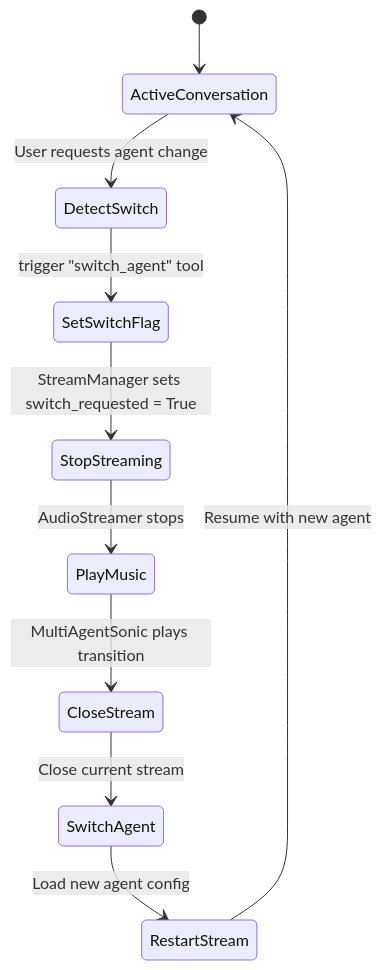
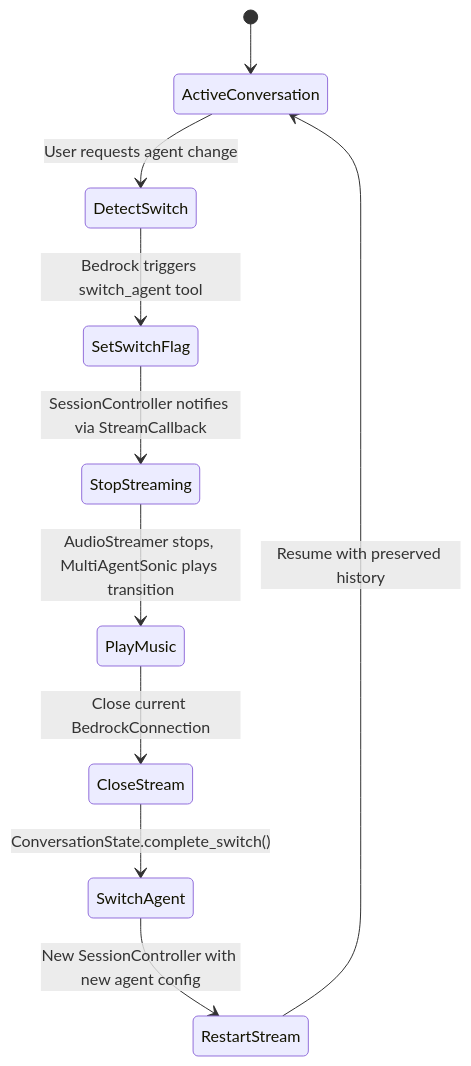
Before and after one commit to aws-samples/amazon-nova-samples: the second of 2 diagrams in speech-to-speech/amazon-nova-2-sonic/repeatable-patterns/conversation-transfer/README.md, drawn with Mermaid. The commit also changed other lines of this file and 30 other files, not shown here.

````diff
--- a/speech-to-speech/amazon-nova-2-sonic/repeatable-patterns/conversation-transfer/README.md
+++ b/speech-to-speech/amazon-nova-2-sonic/repeatable-patterns/conversation-transfer/README.md
@@ -141,12 +140,12 @@
 ```mermaid
 stateDiagram-v2
     [*] --> ActiveConversation
     ActiveConversation --> DetectSwitch: User requests agent change
-    DetectSwitch --> SetSwitchFlag: trigger "switch_agent" tool 
-    SetSwitchFlag --> StopStreaming: StreamManager sets switch_requested = True
-    StopStreaming --> PlayMusic: AudioStreamer stops
-    PlayMusic --> CloseStream: MultiAgentSonic plays transition
-    CloseStream --> SwitchAgent: Close current stream
-    SwitchAgent --> RestartStream: Load new agent config
-    RestartStream --> ActiveConversation: Resume with new agent
+    DetectSwitch --> SetSwitchFlag: Bedrock triggers switch_agent tool
+    SetSwitchFlag --> StopStreaming: SessionController notifies via StreamCallback
+    StopStreaming --> PlayMusic: AudioStreamer stops, MultiAgentSonic plays transition
+    PlayMusic --> CloseStream: Close current BedrockConnection
+    CloseStream --> SwitchAgent: ConversationState.complete_switch()
+    SwitchAgent --> RestartStream: New SessionController with new agent config
+    RestartStream --> ActiveConversation: Resume with preserved history
 ```
````
